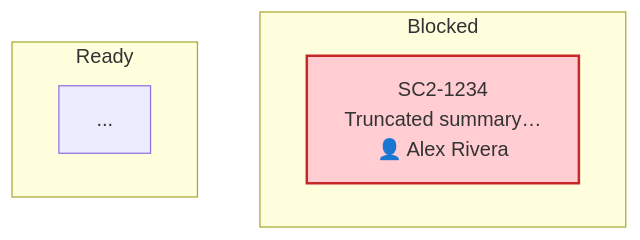
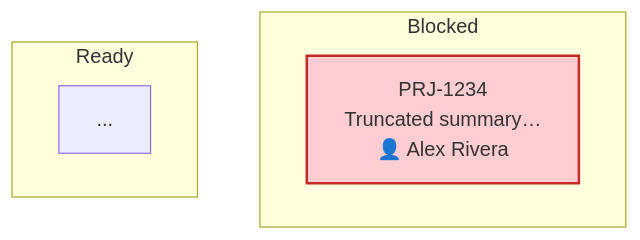
The diagram in skills/daily-standup-prep/REFERENCE.md (risadams/ink-and-agency), drawn with Mermaid before and after one commit. The commit also changed 4 other files, not shown here.

````diff
--- a/skills/daily-standup-prep/REFERENCE.md
+++ b/skills/daily-standup-prep/REFERENCE.md
@@ -73,16 +73,16 @@
 ```mermaid
 flowchart
 
     subgraph Blocked ["Blocked"]
-        SC2_1234["SC2-1234<br/>Truncated summary…<br/>👤 Alex Rivera"]
+        SC2_1234["PRJ-1234<br/>Truncated summary…<br/>👤 Alex Rivera"]
     end
 
     subgraph Ready ["Ready"]
         ...
     end
 
     ...
 
     classDef SC2_1234Style fill:#ffcdd2,stroke:#c62828,stroke-width:2px
     class SC2_1234 SC2_1234Style
 ```
````
